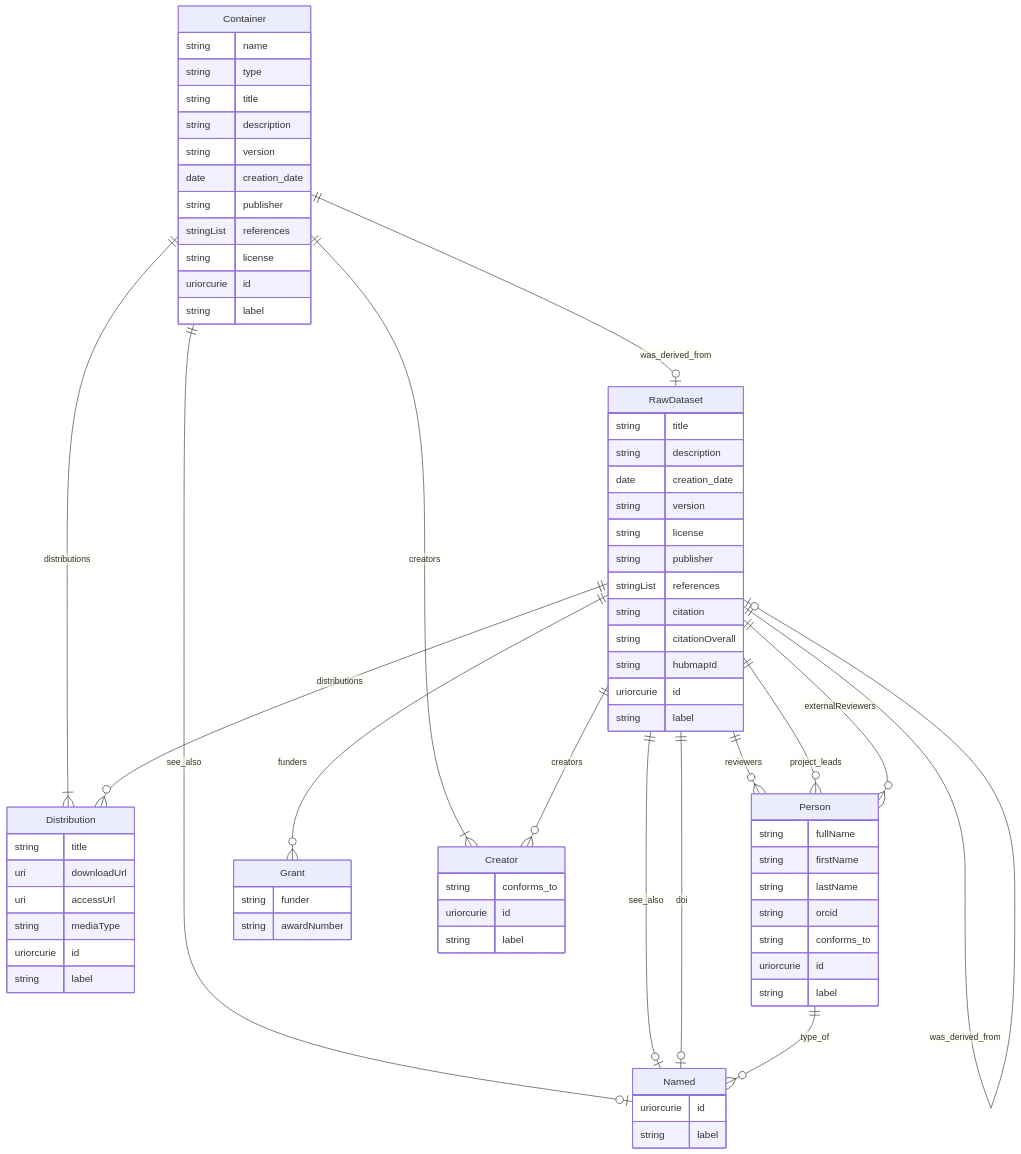
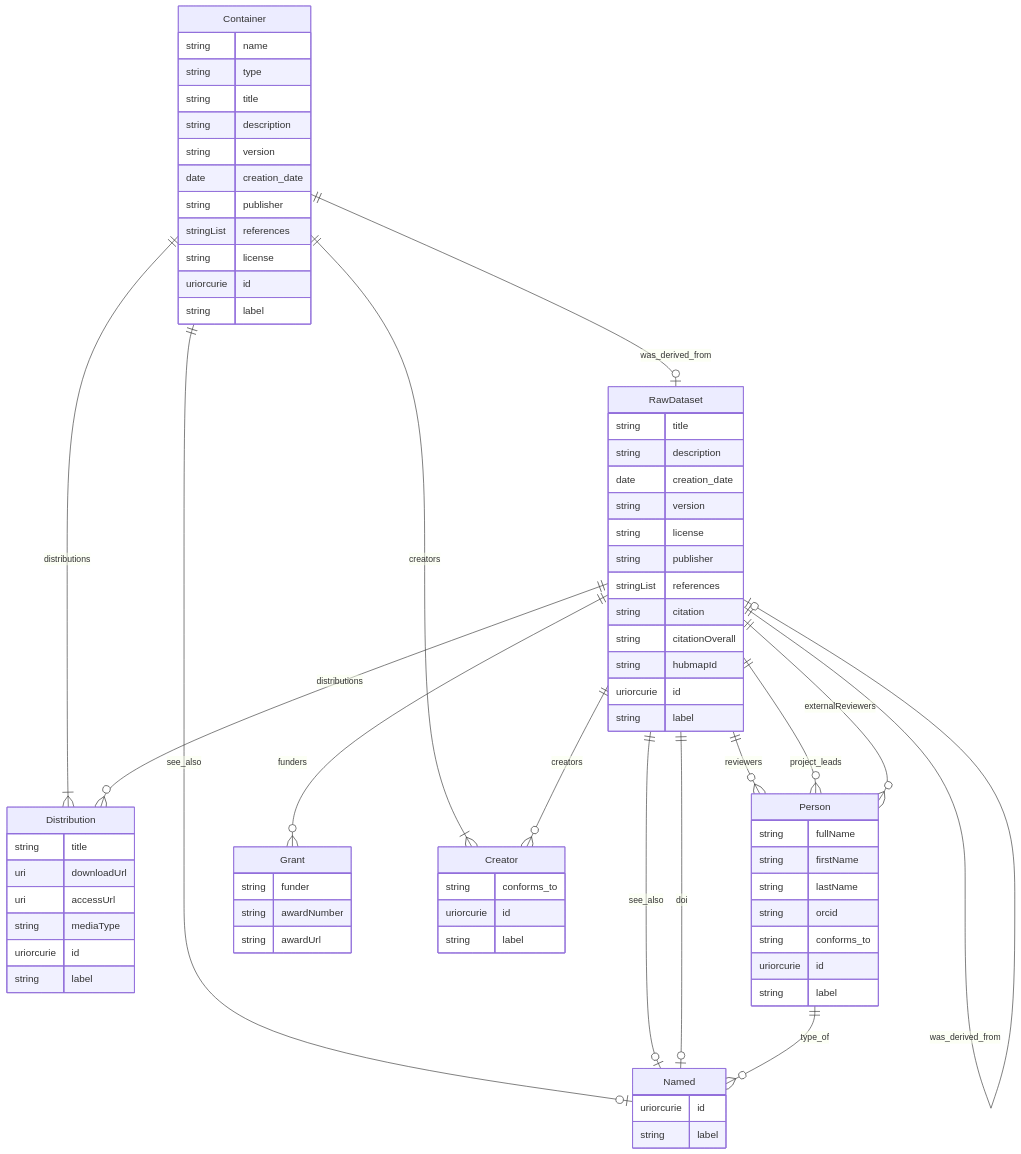
The second of 2 diagrams in er-diagrams.md (hubmapconsortium/hra-do-processor), drawn with Mermaid before and after one commit. The commit also changed other lines of this file and 27 other files, not shown here.

````diff
--- a/er-diagrams.md
+++ b/er-diagrams.md
@@ -219,76 +247,77 @@
 ```mermaid
 erDiagram
 Container {
     string name  
     string type  
     string title  
     string description  
     string version  
     date creation_date  
     string publisher  
     stringList references  
     string license  
     uriorcurie id  
     string label  
 }
 RawDataset {
     string title  
     string description  
     date creation_date  
     string version  
     string license  
     string publisher  
     stringList references  
     string citation  
     string citationOverall  
     string hubmapId  
     uriorcurie id  
     string label  
 }
 Distribution {
     string title  
     uri downloadUrl  
     uri accessUrl  
     string mediaType  
     uriorcurie id  
     string label  
 }
 Person {
     string fullName  
     string firstName  
     string lastName  
     string orcid  
     string conforms_to  
     uriorcurie id  
     string label  
 }
 Named {
     uriorcurie id  
     string label  
 }
 Grant {
     string funder  
     string awardNumber  
+    string awardUrl  
 }
 Creator {
     string conforms_to  
     uriorcurie id  
     string label  
 }
 
 Container ||--}| Creator : "creators"
 Container ||--|o Named : "see_also"
 Container ||--}| Distribution : "distributions"
 Container ||--|o RawDataset : "was_derived_from"
 RawDataset ||--}o Creator : "creators"
 RawDataset ||--}o Person : "reviewers"
 RawDataset ||--|o Named : "see_also"
 RawDataset ||--}o Grant : "funders"
 RawDataset ||--|o Named : "doi"
 RawDataset ||--}o Person : "project_leads"
 RawDataset ||--}o Person : "externalReviewers"
 RawDataset ||--}o Distribution : "distributions"
 RawDataset ||--|o RawDataset : "was_derived_from"
 Person ||--}o Named : "type_of"
 
 ```
````
